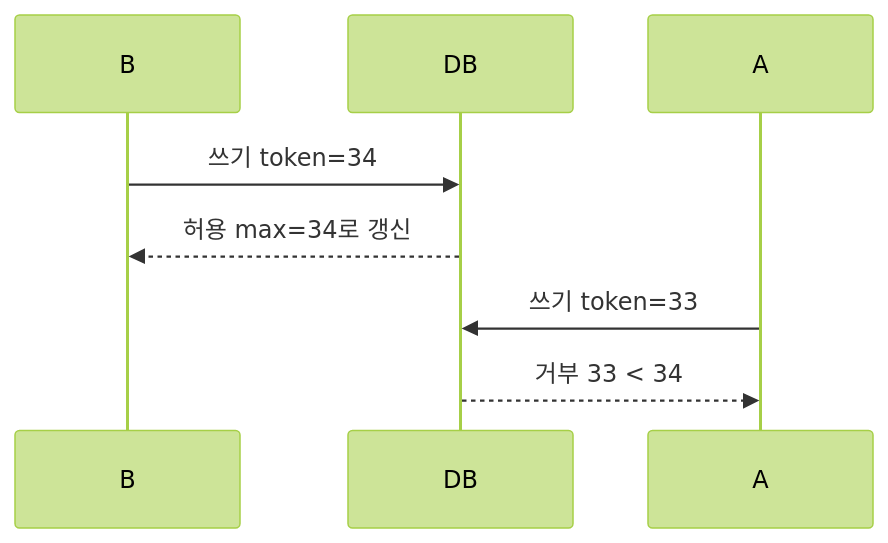
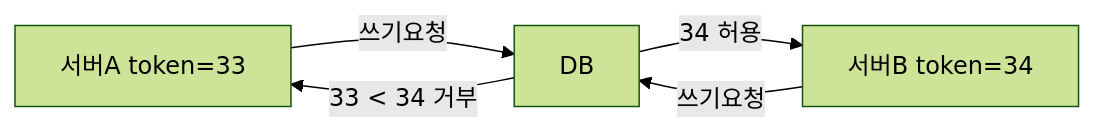
The third of 4 diagrams in _posts/redis/2026-05-01-redis-distributed-lock.md (yjkim2015/yjkim2015.github.io), drawn with Mermaid (forest theme) before and after one commit. The commit also changed other lines of this file and 4 other files, not shown here.

````diff
--- a/_posts/redis/2026-05-01-redis-distributed-lock.md
+++ b/_posts/redis/2026-05-01-redis-distributed-lock.md
@@ -999,7 +580,7 @@
 ```mermaid
-sequenceDiagram
-    B->>DB: 쓰기 token=34
-    DB-->>B: 허용 max=34로 갱신
-    A->>DB: 쓰기 token=33
-    DB-->>A: 거부 33 < 34
+graph LR
+    A["서버A token=33"] -->|쓰기요청| DB["DB"]
+    B["서버B token=34"] -->|쓰기요청| DB
+    DB -->|33 < 34 거부| A
+    DB -->|34 허용| B
 ```
````
